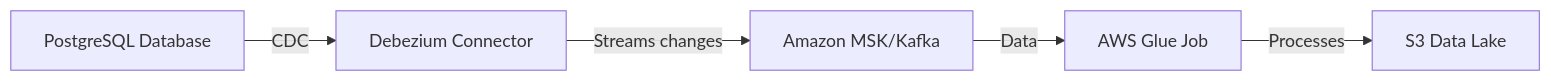
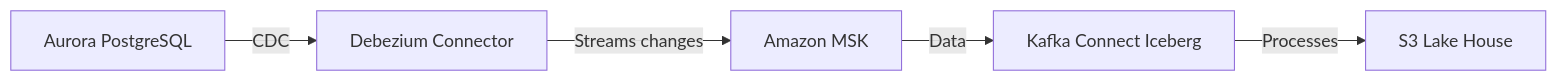
Before and after one commit to Neuw84/debezium-kafka-connect-docker-s3tables: the second of 2 diagrams in architecture.md, drawn with Mermaid. The commit also changed other lines of this file, not shown here.

````diff
--- a/architecture.md
+++ b/architecture.md
@@ -6,7 +18,7 @@
 ```mermaid
 graph LR
-    PostgreSQL[PostgreSQL Database] -->|CDC| Debezium[Debezium Connector]
-    Debezium -->|Streams changes| MSK[Amazon MSK/Kafka]
-    MSK -->|Data| Glue[AWS Glue Job]
-    Glue -->|Processes| S3[S3 Data Lake]
+    PostgreSQL[Aurora PostgreSQL] -->|CDC| Debezium[Debezium Connector]
+    Debezium -->|Streams changes| MSK[Amazon MSK]
+    MSK -->|Data| Glue[Kafka Connect Iceberg]
+    Glue -->|Processes| S3[S3 Lake House]
 ```
````
